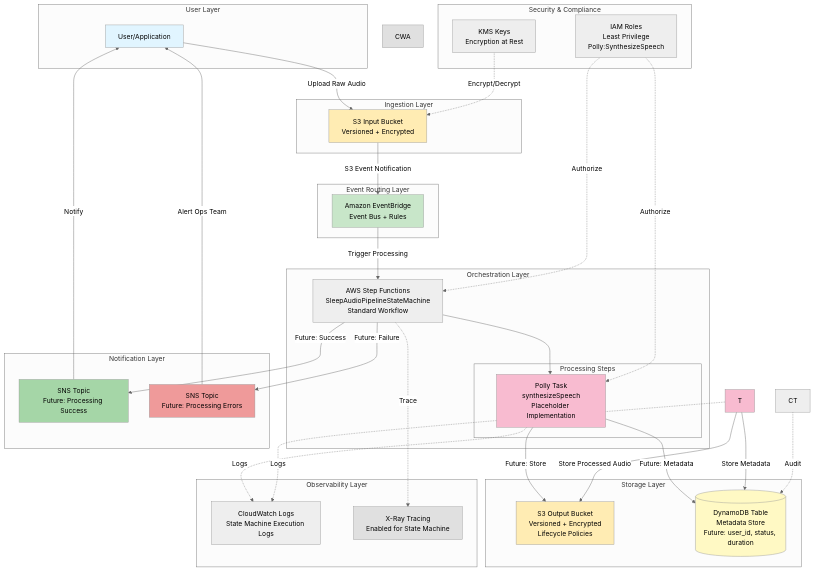
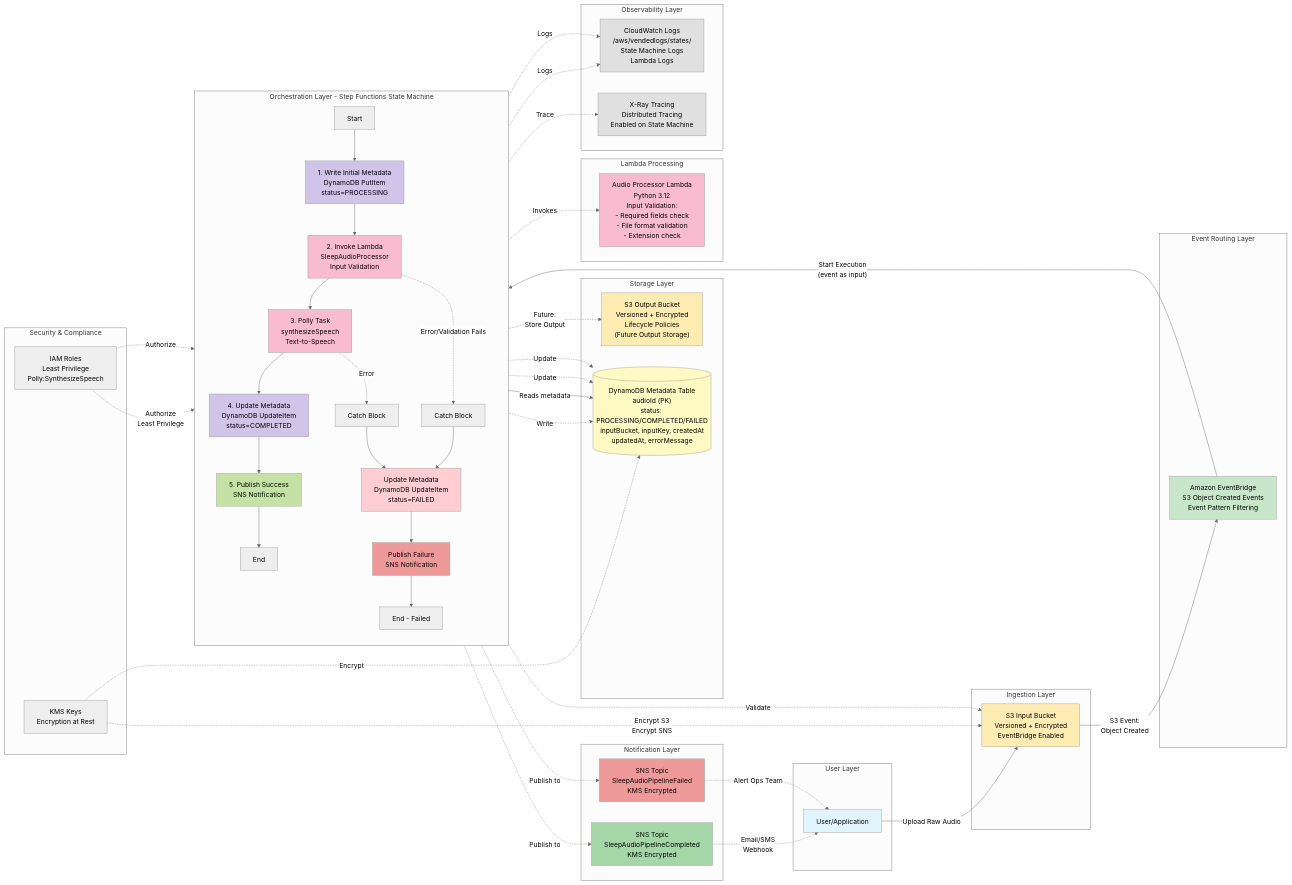
One commit to obstreperous-ai/cdk-sleep-go-qdev changed the diagram in ARCHITECTURE.md. Above: the diagram before and after it, drawn with Mermaid (neutral theme). The commit also changed other lines of this file and 3 other files, not shown here.

First line of the commit message:
[skip ci] feat: wire complete pipeline with input validation (Issue #8)

````diff
--- a/ARCHITECTURE.md
+++ b/ARCHITECTURE.md
@@ -25,38 +25,51 @@
 ```mermaid
-flowchart TD
+flowchart LR
     subgraph Users["User Layer"]
         U[User/Application]
     end
     
     subgraph Ingestion["Ingestion Layer"]
-        IB[S3 Input Bucket<br/>Versioned + Encrypted]
+        IB["S3 Input Bucket<br/>Versioned + Encrypted<br/>EventBridge Enabled"]
     end
     
     subgraph EventRouting["Event Routing Layer"]
-        EB[Amazon EventBridge<br/>Event Bus + Rules]
+        EB["Amazon EventBridge<br/>S3 Object Created Events<br/>Event Pattern Filtering"]
     end
     
-    subgraph Orchestration["Orchestration Layer"]
-        SF[AWS Step Functions<br/>SleepAudioPipelineStateMachine<br/>Standard Workflow]
+    subgraph Orchestration["Orchestration Layer - Step Functions State Machine"]
+        direction TB
+        START[Start] --> DDB_INIT["1. Write Initial Metadata<br/>DynamoDB PutItem<br/>status=PROCESSING"]
+        DDB_INIT --> LAMBDA["2. Invoke Lambda<br/>SleepAudioProcessor<br/>Input Validation"]
+        LAMBDA --> POLLY["3. Polly Task<br/>synthesizeSpeech<br/>Text-to-Speech"]
+        POLLY --> DDB_SUCCESS["4. Update Metadata<br/>DynamoDB UpdateItem<br/>status=COMPLETED"]
+        DDB_SUCCESS --> SNS_SUCCESS["5. Publish Success<br/>SNS Notification"]
+        SNS_SUCCESS --> END[End]
         
-        subgraph ProcessingSteps["Processing Steps"]
-            POLLY[Polly Task<br/>synthesizeSpeech<br/>Placeholder Implementation]
-        end
+        LAMBDA -.->|Error/Validation Fails| CATCH1["Catch Block"]
+        POLLY -.->|Error| CATCH2["Catch Block"]
+        CATCH1 --> DDB_FAIL["Update Metadata<br/>DynamoDB UpdateItem<br/>status=FAILED"]
+        CATCH2 --> DDB_FAIL
+        DDB_FAIL --> SNS_FAIL["Publish Failure<br/>SNS Notification"]
+        SNS_FAIL --> END_FAIL[End - Failed]
     end
     
     subgraph Storage["Storage Layer"]
-        OB[S3 Output Bucket<br/>Versioned + Encrypted<br/>Lifecycle Policies]
-        DB[(DynamoDB Table<br/>Metadata Store<br/>Future: user_id, status, duration)]
+        OB["S3 Output Bucket<br/>Versioned + Encrypted<br/>Lifecycle Policies<br/>(Future Output Storage)"]
+        DB[("DynamoDB Metadata Table<br/>audioId (PK)<br/>status: PROCESSING/COMPLETED/FAILED<br/>inputBucket, inputKey, createdAt<br/>updatedAt, errorMessage")]
     end
     
     subgraph Notification["Notification Layer"]
-        SNS_SUCCESS[SNS Topic<br/>Future: Processing Success]
-        SNS_ERROR[SNS Topic<br/>Future: Processing Errors]
+        SNS_COMPLETE["SNS Topic<br/>SleepAudioPipelineCompleted<br/>KMS Encrypted"]
+        SNS_ERROR["SNS Topic<br/>SleepAudioPipelineFailed<br/>KMS Encrypted"]
+    end
+    
+    subgraph Processing["Lambda Processing"]
+        PROC["Audio Processor Lambda<br/>Python 3.12<br/>Input Validation:<br/>- Required fields check<br/>- File format validation<br/>- Extension check"]
     end
     
     subgraph Observability["Observability Layer"]
-        CW[CloudWatch Logs<br/>State Machine Execution Logs]
-        XR[X-Ray Tracing<br/>Enabled for State Machine]
+        CW["CloudWatch Logs<br/>/aws/vendedlogs/states/<br/>State Machine Logs<br/>Lambda Logs"]
+        XR["X-Ray Tracing<br/>Distributed Tracing<br/>Enabled on State Machine"]
     end
     
     subgraph Security["Security & Compliance"]
@@ -66,51 +79,50 @@
     
     %% Main Flow
     U -->|Upload Raw Audio| IB
-    IB -->|S3 Event Notification| EB
-    EB -->|Trigger Processing| SF
+    IB -->|"S3 Event:<br/>Object Created"| EB
+    EB -->|"Start Execution<br/>(event as input)"| DDB_INIT
     
-    SF --> POLLY
-    POLLY -->|Future: Store| OB
-    POLLY -->|Future: Metadata| DB
+    DDB_INIT -.->|Write| DB
+    LAMBDA -->|Reads metadata| DB
+    LAMBDA -.->|Validate| IB
+    DDB_SUCCESS -.->|Update| DB
+    DDB_FAIL -.->|Update| DB
     
-    %% Future Processing Steps (Commented for Phase 2+)
-    %% V[Validation Lambda] --> M[Metadata Extraction]
-    %% M --> P[Polly Lambda]
-    %% P --> BR[Bedrock Lambda]
-    %% BR --> T[Transcoding Lambda]
+    SNS_SUCCESS -.->|Publish to| SNS_COMPLETE
+    SNS_FAIL -.->|Publish to| SNS_ERROR
     
-    T -->|Store Processed Audio| OB
-    T -->|Store Metadata| DB
+    LAMBDA -.->|Invokes| PROC
     
-    SF -->|Future: Success| SNS_SUCCESS
-    SF -->|Future: Failure| SNS_ERROR
+    SNS_COMPLETE -.->|"Email/SMS<br/>Webhook"| U
+    SNS_ERROR -.->|"Alert Ops Team"| U
     
-    SNS_SUCCESS -->|Notify| U
-    SNS_ERROR -->|Alert Ops Team| U
+    POLLY -.->|"Future:<br/>Store Output"| OB
     
     %% Cross-cutting concerns
-    POLLY -.->|Logs| CW
-    T -.->|Logs| CW
+    DDB_INIT -.->|Logs| CW
+    LAMBDA -.->|Logs| CW
+    START -.->|Trace| XR
     
-    SF -.->|Trace| XR
-    
-    IAM -.->|Authorize| POLLY
-    IAM -.->|Authorize| SF
-    KMS -.->|Encrypt/Decrypt| IB
-    
-    %% Future integrations
-    %% KMS -.->|Encrypt/Decrypt| DB
-    CT -.->|Audit| DB
+    IAM -.->|"Authorize<br/>Least Privilege"| LAMBDA
+    IAM -.->|Authorize| START
+    KMS -.->|"Encrypt S3<br/>Encrypt SNS"| IB
+    KMS -.->|Encrypt| DB
     
     style U fill:#e1f5ff
     style IB fill:#ffecb3
     style OB fill:#ffecb3
     style EB fill:#c8e6c9
+    style DDB_INIT fill:#d1c4e9
+    style LAMBDA fill:#f8bbd0
     style POLLY fill:#f8bbd0
-    style T fill:#f8bbd0
+    style DDB_SUCCESS fill:#d1c4e9
+    style DDB_FAIL fill:#ffcdd2
+    style SNS_SUCCESS fill:#c5e1a5
+    style SNS_FAIL fill:#ef9a9a
     style DB fill:#fff9c4
-    style SNS_SUCCESS fill:#a5d6a7
+    style SNS_COMPLETE fill:#a5d6a7
     style SNS_ERROR fill:#ef9a9a
-    style CWA fill:#e0e0e0
+    style CW fill:#e0e0e0
     style XR fill:#e0e0e0
+    style PROC fill:#f8bbd0
 ```
````
